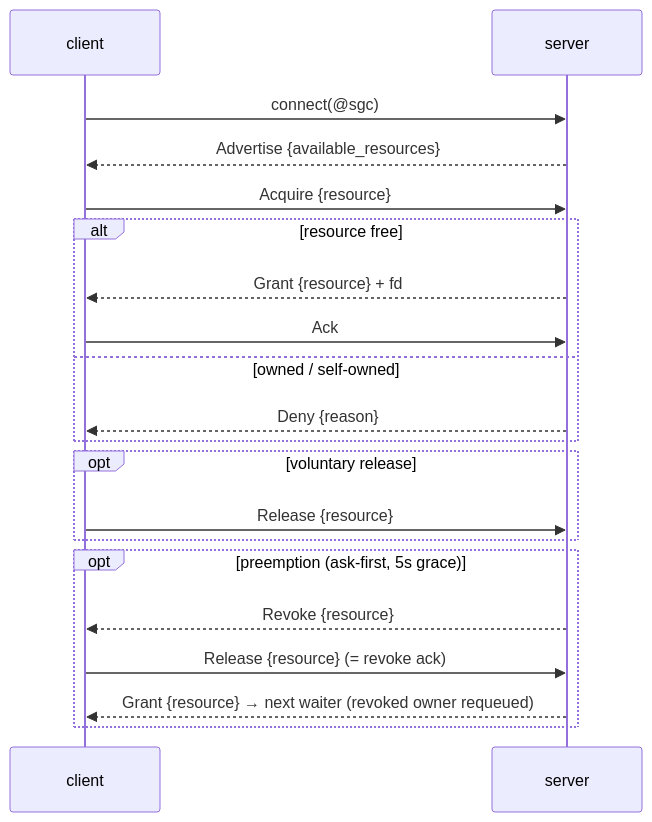
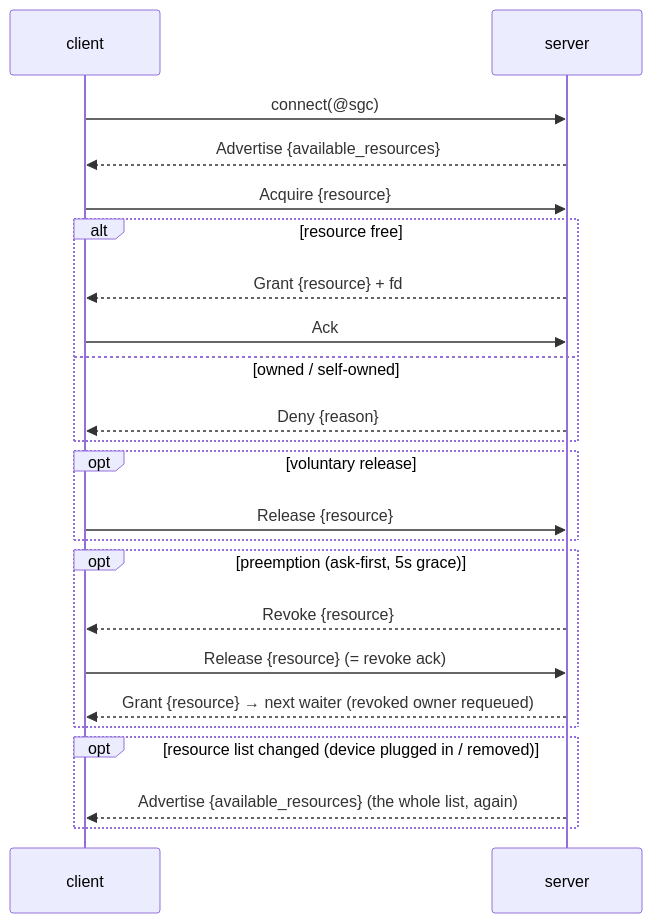
The first of 2 diagrams in docs/PROTOCOL.md (lulkien/simple-graphics-protocol), drawn with Mermaid before and after one commit. The commit also changed other lines of this file and 1 other file, not shown here.

First line of the commit message:
protocol: document input's two classes, suspension, and the list as state

````diff
--- a/docs/PROTOCOL.md
+++ b/docs/PROTOCOL.md
@@ -23,22 +23,25 @@
 ```mermaid
 sequenceDiagram
     participant C as client
     participant S as server
     C->>S: connect(@sgc)
     S-->>C: Advertise {available_resources}
     C->>S: Acquire {resource}
     alt resource free
         S-->>C: Grant {resource} + fd
         C->>S: Ack
     else owned / self-owned
         S-->>C: Deny {reason}
     end
     opt voluntary release
         C->>S: Release {resource}
     end
     opt preemption (ask-first, 5s grace)
         S-->>C: Revoke {resource}
         C->>S: Release {resource}  (= revoke ack)
         S-->>C: Grant {resource} → next waiter (revoked owner requeued)
     end
+    opt resource list changed (device plugged in / removed)
+        S-->>C: Advertise {available_resources} (the whole list, again)
+    end
 ```
````
